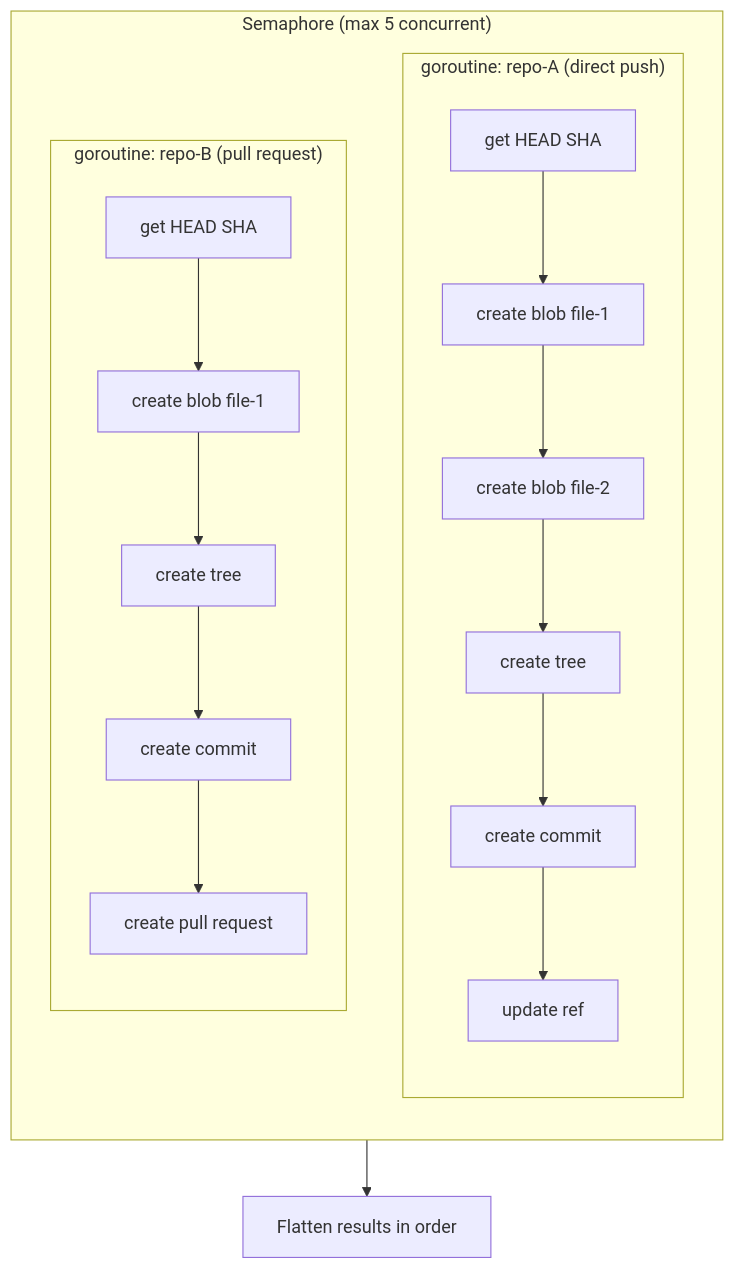
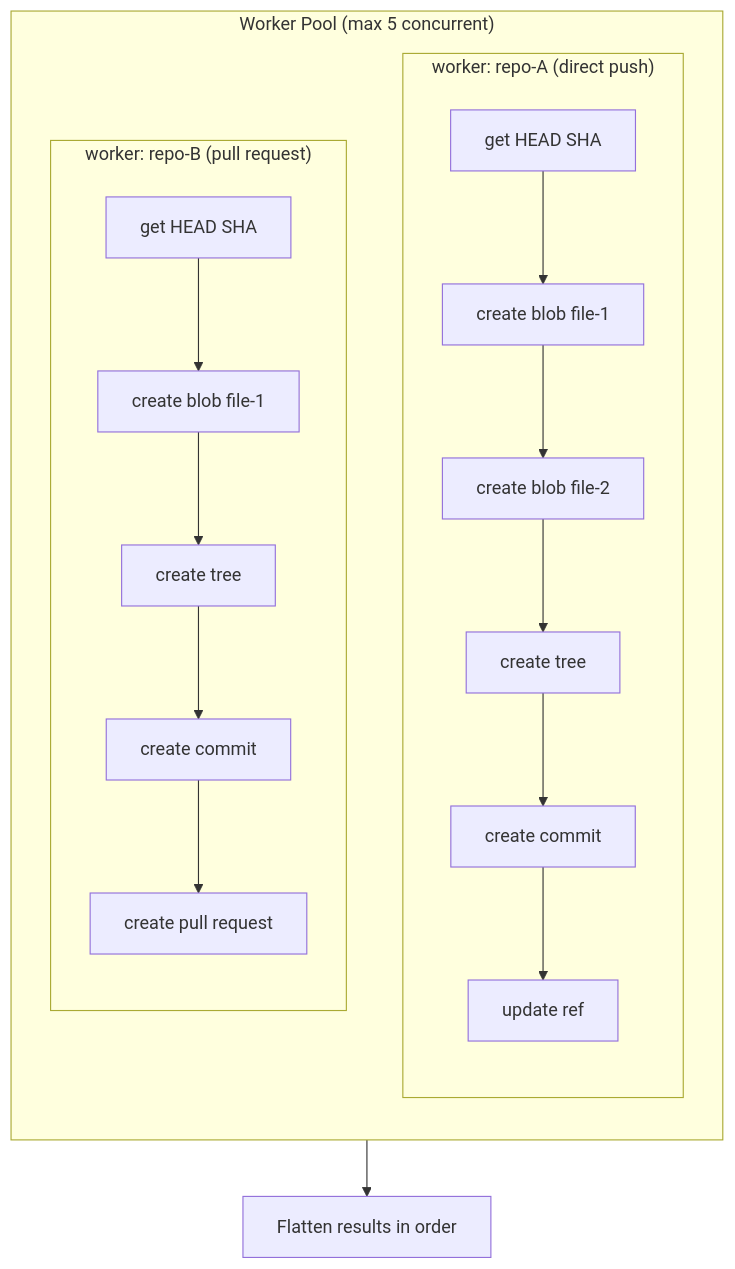
The fifth of 6 diagrams in docs/src/content/docs/internals/concurrency.md (yagihash/gh-infra), drawn with Mermaid before and after one commit. The commit also changed other lines of this file and 2 other files, not shown here.

````diff
--- a/docs/src/content/docs/internals/concurrency.md
+++ b/docs/src/content/docs/internals/concurrency.md
@@ -141,22 +141,22 @@
 ```mermaid
 flowchart TB
-    subgraph sem["Semaphore (max 5 concurrent)"]
+    subgraph pool["Worker Pool (max 5 concurrent)"]
         direction TB
-        subgraph ga["goroutine: repo-A (direct push)"]
+        subgraph ga["worker: repo-A (direct push)"]
             direction TB
             a1[get HEAD SHA] --> a2[create blob file-1]
             a2 --> a3[create blob file-2]
             a3 --> a4[create tree]
             a4 --> a5[create commit]
             a5 --> a6[update ref]
         end
-        subgraph gb["goroutine: repo-B (pull request)"]
+        subgraph gb["worker: repo-B (pull request)"]
             direction TB
             b1[get HEAD SHA] --> b2[create blob file-1]
             b2 --> b3[create tree]
             b3 --> b4[create commit]
             b4 --> b5[create pull request]
         end
     end
-    sem --> flat["Flatten results in order"]
+    pool --> flat["Flatten results in order"]
 ```
````
